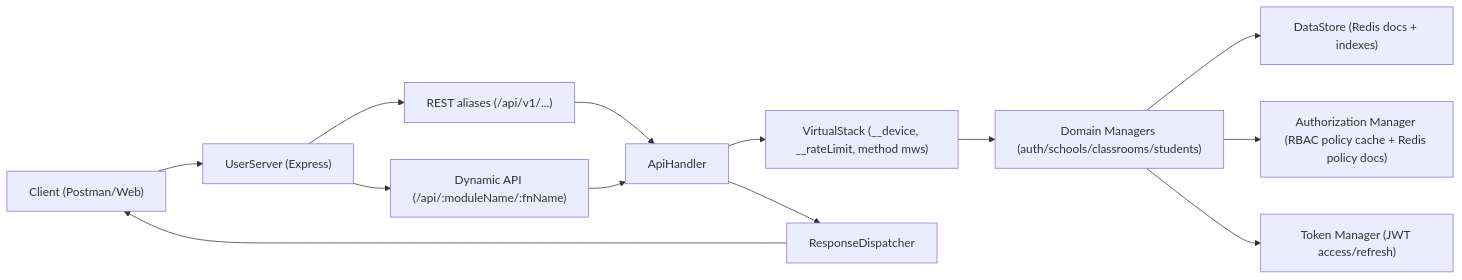
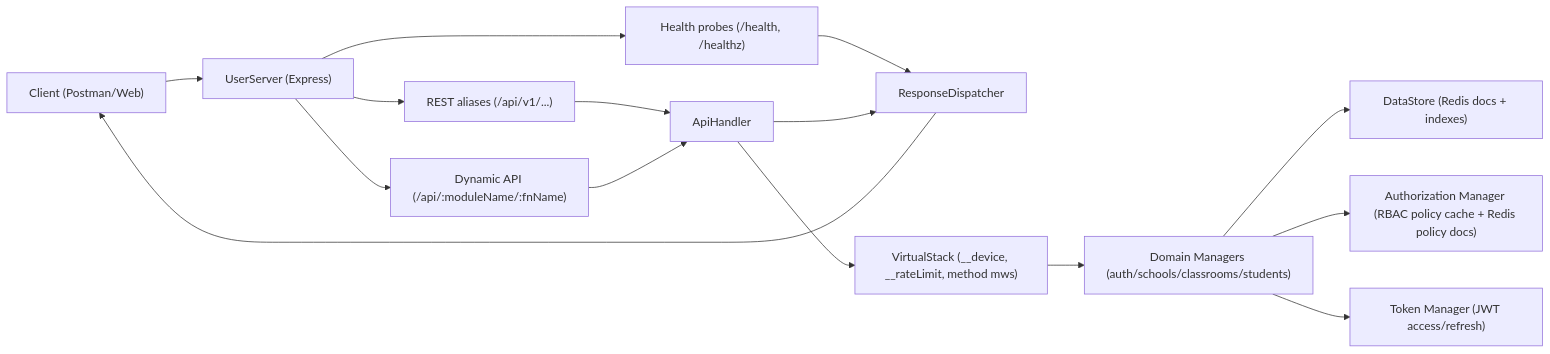
The first of 2 diagrams in README.md (neltoby/axion), drawn with Mermaid before and after one commit. The commit also changed other lines of this file and 2 other files, not shown here.

Commit message:
feat: add health endpoints and update docs

````diff
--- a/README.md
+++ b/README.md
@@ -19,15 +27,17 @@
 ```mermaid
 flowchart LR
   Client["Client (Postman/Web)"] --> Server["UserServer (Express)"]
+  Server --> Health["Health probes (/health, /healthz)"]
   Server --> Rest["REST aliases (/api/v1/...)"]
   Server --> Dynamic["Dynamic API (/api/:moduleName/:fnName)"]
+  Health --> Resp["ResponseDispatcher"]
   Rest --> Api["ApiHandler"]
   Dynamic --> Api
   Api --> Stack["VirtualStack (__device, __rateLimit, method mws)"]
   Stack --> Managers["Domain Managers (auth/schools/classrooms/students)"]
   Managers --> Store["DataStore (Redis docs + indexes)"]
   Managers --> Authz["Authorization Manager (RBAC policy cache + Redis policy docs)"]
   Managers --> Token["Token Manager (JWT access/refresh)"]
-  Api --> Resp["ResponseDispatcher"]
+  Api --> Resp
   Resp --> Client
 ```
````
